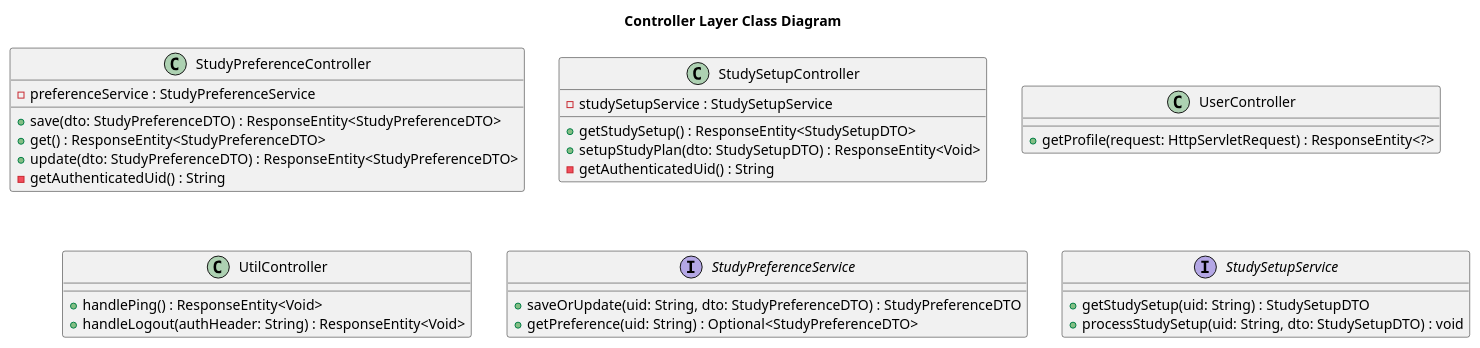
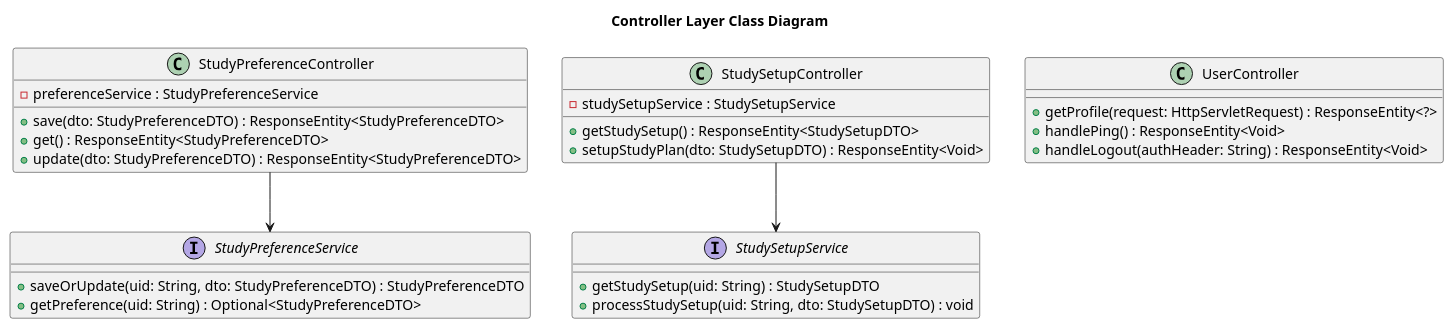
The diagram in controller.puml (keerati5003/PlanMate-Diagram), drawn with PlantUML before and after one commit. The commit also changed 2 other files, not shown here.

```diff
--- a/controller.puml
+++ b/controller.puml
@@ -1,38 +1,35 @@
 @startuml
 title Controller Layer Class Diagram
 
 class StudyPreferenceController {
     - preferenceService : StudyPreferenceService
     + save(dto: StudyPreferenceDTO) : ResponseEntity<StudyPreferenceDTO>
     + get() : ResponseEntity<StudyPreferenceDTO>
     + update(dto: StudyPreferenceDTO) : ResponseEntity<StudyPreferenceDTO>
-    - getAuthenticatedUid() : String
 }
 
 class StudySetupController {
     - studySetupService : StudySetupService
     + getStudySetup() : ResponseEntity<StudySetupDTO>
     + setupStudyPlan(dto: StudySetupDTO) : ResponseEntity<Void>
-    - getAuthenticatedUid() : String
 }
 
 class UserController {
     + getProfile(request: HttpServletRequest) : ResponseEntity<?>
-}
-
-class UtilController {
     + handlePing() : ResponseEntity<Void>
     + handleLogout(authHeader: String) : ResponseEntity<Void>
 }
 
 interface StudyPreferenceService {
     + saveOrUpdate(uid: String, dto: StudyPreferenceDTO) : StudyPreferenceDTO
     + getPreference(uid: String) : Optional<StudyPreferenceDTO>
 }
 
 interface StudySetupService {
     + getStudySetup(uid: String) : StudySetupDTO
     + processStudySetup(uid: String, dto: StudySetupDTO) : void
 }
 
+StudyPreferenceController --> StudyPreferenceService
+StudySetupController --> StudySetupService
 @enduml
```
